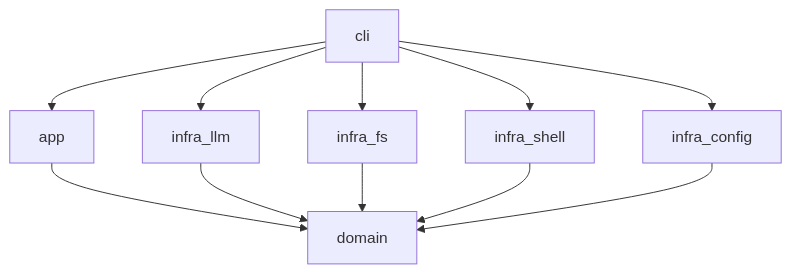
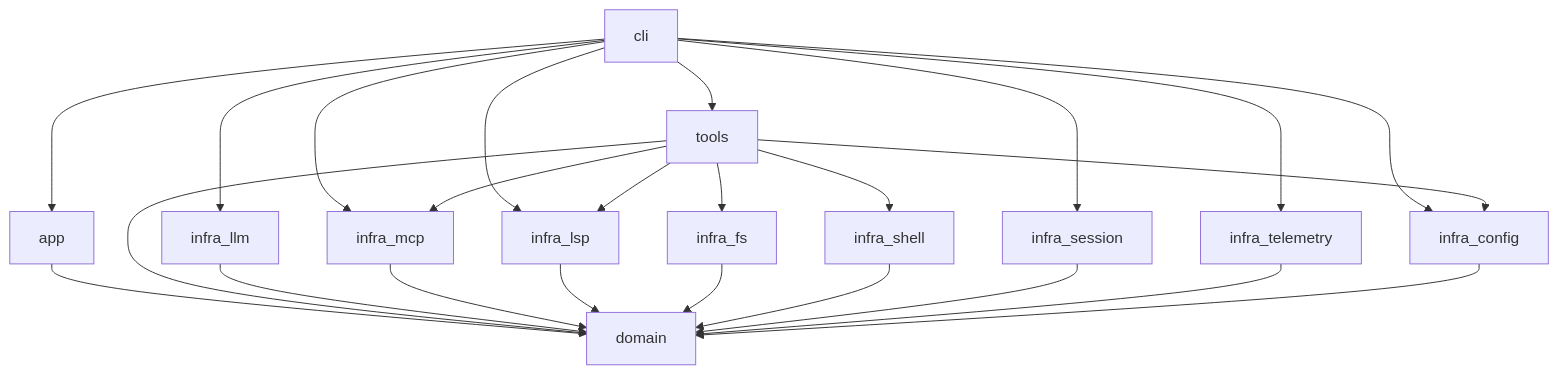
One commit to zainul/zcode changed the diagram in docs/architecture/README.md. Above: the diagram before and after it, drawn with Mermaid. The commit also changed other lines of this file and 96 other files, not shown here.

````diff
--- a/docs/architecture/README.md
+++ b/docs/architecture/README.md
@@ -17,13 +22,26 @@
 ```mermaid
 graph TD
     cli --> app
+    cli --> tools
     cli --> infra_llm
-    cli --> infra_fs
-    cli --> infra_shell
+    cli --> infra_mcp
+    cli --> infra_lsp
+    cli --> infra_session
+    cli --> infra_telemetry
     cli --> infra_config
+    tools --> infra_fs
+    tools --> infra_shell
+    tools --> infra_mcp
+    tools --> infra_lsp
+    tools --> infra_config
     app --> domain
+    tools --> domain
     infra_llm --> domain
+    infra_mcp --> domain
+    infra_lsp --> domain
     infra_fs --> domain
     infra_shell --> domain
+    infra_session --> domain
+    infra_telemetry --> domain
     infra_config --> domain
 ```
````
